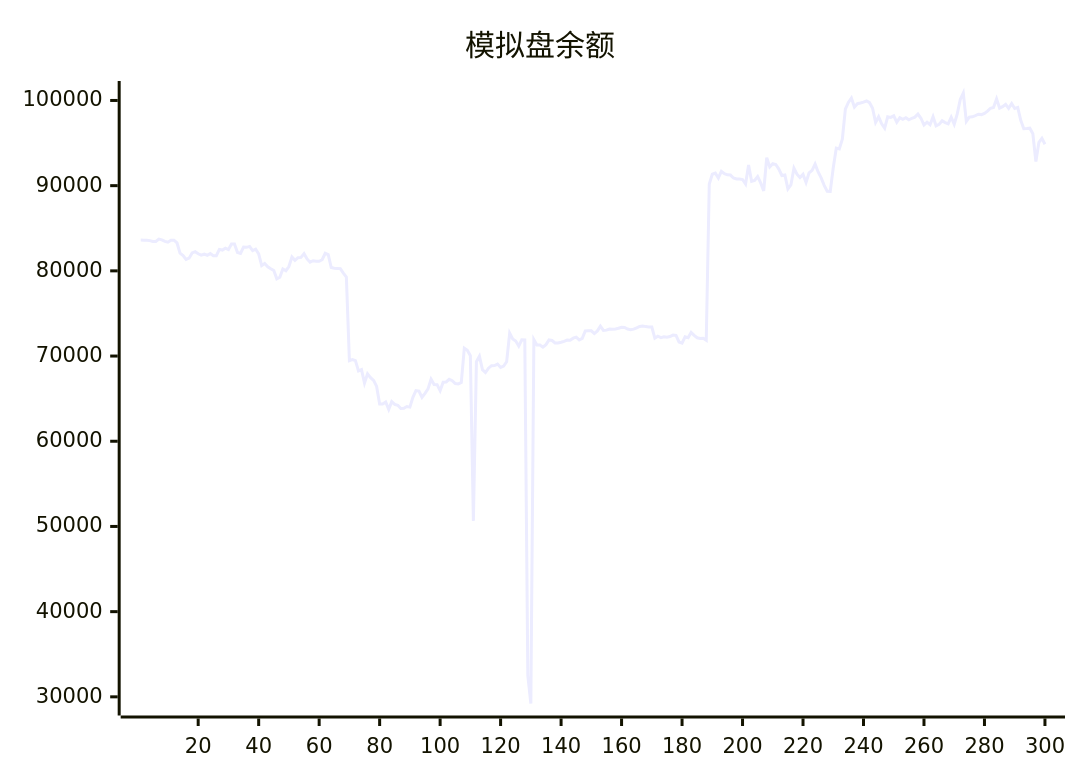
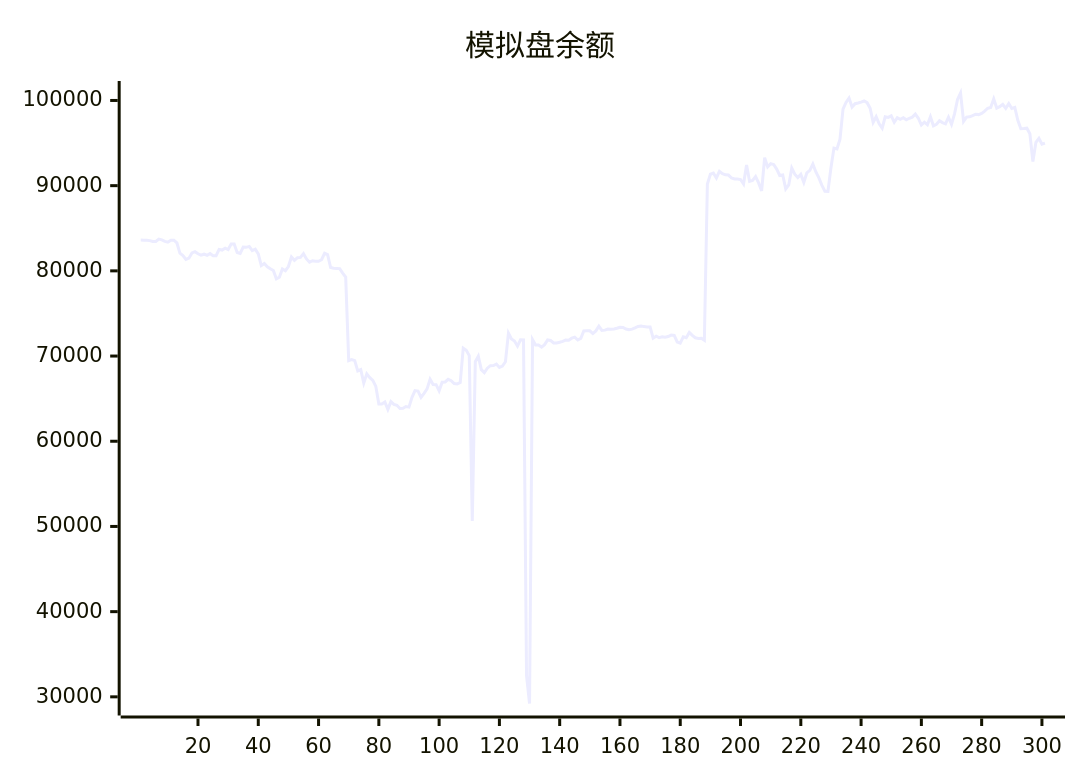
One commit to aahl/ai-trading changed the diagram in README.md. Above: the diagram before and after it, drawn with Mermaid. The commit also changed other lines of this file and 1 other file, not shown here.

````diff
--- a/README.md
+++ b/README.md
@@ -5,5 +5,5 @@
 ```mermaid
 xychart
     title "模拟盘余额"
-    line [83608,83606,83602,83548,83440,83454,83724,83644,83464,83365,83590,83592,83275,82072,81806,81344,81492,82109,82254,82006,81848,81955,81829,82022,81769,81776,82522,82441,82656,82498,83144,83144,82150,82038,82797,82763,82872,82367,82536,81981,80612,80862,80484,80242,80034,79063,79245,80226,80016,80507,81625,81233,81544,81578,82016,81401,81019,81186,81130,81118,81306,82066,81909,80392,80304,80291,80258,79729,79261,69466,69579,69456,68251,68415,66832,67911,67462,67144,66432,64380,64375,64606,63740,64647,64324,64216,63842,63877,64078,64008,65156,65945,65888,65157,65625,66144,67284,66653,66639,65924,66925,66956,67263,67108,66766,66729,66886,70927,70673,70049,50652,69334,69973,68400,68061,68578,68876,68879,69055,68662,68822,69329,72687,71999,71760,71162,71911,71896,32500,29218,71927,71297,71305,71044,71337,71883,71822,71536,71536,71622,71723,71880,71860,72100,72216,71887,72077,72940,72976,72966,72638,72948,73497,73004,73041,73173,73160,73186,73258,73375,73351,73173,73098,73161,73305,73474,73536,73457,73413,73412,72100,72333,72164,72272,72204,72285,72461,72421,71652,71521,72267,72157,72774,72424,72144,72060,72091,71858,90185,91338,91466,90900,91678,91404,91268,91244,90903,90779,90787,90721,90187,92429,90518,90619,91070,90328,89376,93286,92202,92581,92485,91947,91196,91259,89619,90086,92063,91355,90950,91327,90373,91498,91800,92531,91603,90910,90031,89351,89334,92097,94406,94315,95455,98972,99763,100286,99229,99622,99701,99805,99938,99738,99082,97430,98094,97267,96741,98081,98013,98194,97447,97983,97789,97969,97729,97911,98043,98405,97912,97120,97448,97154,98095,97021,97190,97616,97402,97263,98035,97210,98424,100120,100876,97552,98049,98085,98228,98388,98342,98488,98750,99086,99181,100188,99107,99272,99553,99072,99636,99061,99186,97674,96679,96704,96743,96096,92830,95088,95560,94866]
+    line [83608,83606,83602,83548,83440,83454,83724,83644,83464,83365,83590,83592,83275,82072,81806,81344,81492,82109,82254,82006,81848,81955,81829,82022,81769,81776,82522,82441,82656,82498,83144,83144,82150,82038,82797,82763,82872,82367,82536,81981,80612,80862,80484,80242,80034,79063,79245,80226,80016,80507,81625,81233,81544,81578,82016,81401,81019,81186,81130,81118,81306,82066,81909,80392,80304,80291,80258,79729,79261,69466,69579,69456,68251,68415,66832,67911,67462,67144,66432,64380,64375,64606,63740,64647,64324,64216,63842,63877,64078,64008,65156,65945,65888,65157,65625,66144,67284,66653,66639,65924,66925,66956,67263,67108,66766,66729,66886,70927,70673,70049,50652,69334,69973,68400,68061,68578,68876,68879,69055,68662,68822,69329,72687,71999,71760,71162,71911,71896,32500,29218,71927,71297,71305,71044,71337,71883,71822,71536,71536,71622,71723,71880,71860,72100,72216,71887,72077,72940,72976,72966,72638,72948,73497,73004,73041,73173,73160,73186,73258,73375,73351,73173,73098,73161,73305,73474,73536,73457,73413,73412,72100,72333,72164,72272,72204,72285,72461,72421,71652,71521,72267,72157,72774,72424,72144,72060,72091,71858,90185,91338,91466,90900,91678,91404,91268,91244,90903,90779,90787,90721,90187,92429,90518,90619,91070,90328,89376,93286,92202,92581,92485,91947,91196,91259,89619,90086,92063,91355,90950,91327,90373,91498,91800,92531,91603,90910,90031,89351,89334,92097,94406,94315,95455,98972,99763,100286,99229,99622,99701,99805,99938,99738,99082,97430,98094,97267,96741,98081,98013,98194,97447,97983,97789,97969,97729,97911,98043,98405,97912,97120,97448,97154,98095,97021,97190,97616,97402,97263,98035,97210,98424,100120,100876,97552,98049,98085,98228,98388,98342,98488,98750,99086,99181,100188,99107,99272,99553,99072,99636,99061,99186,97674,96679,96704,96743,96096,92830,95088,95560,94866,94995]
 ```
````
